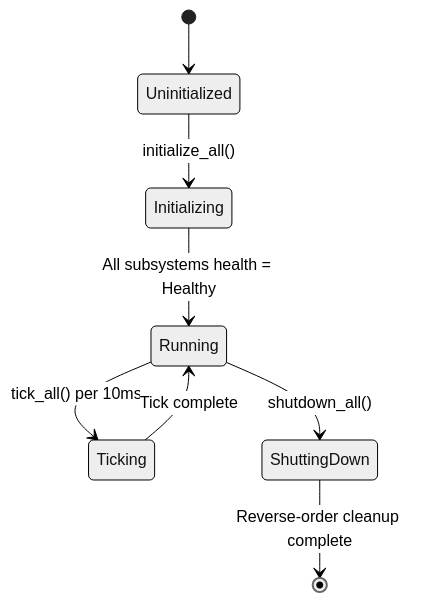
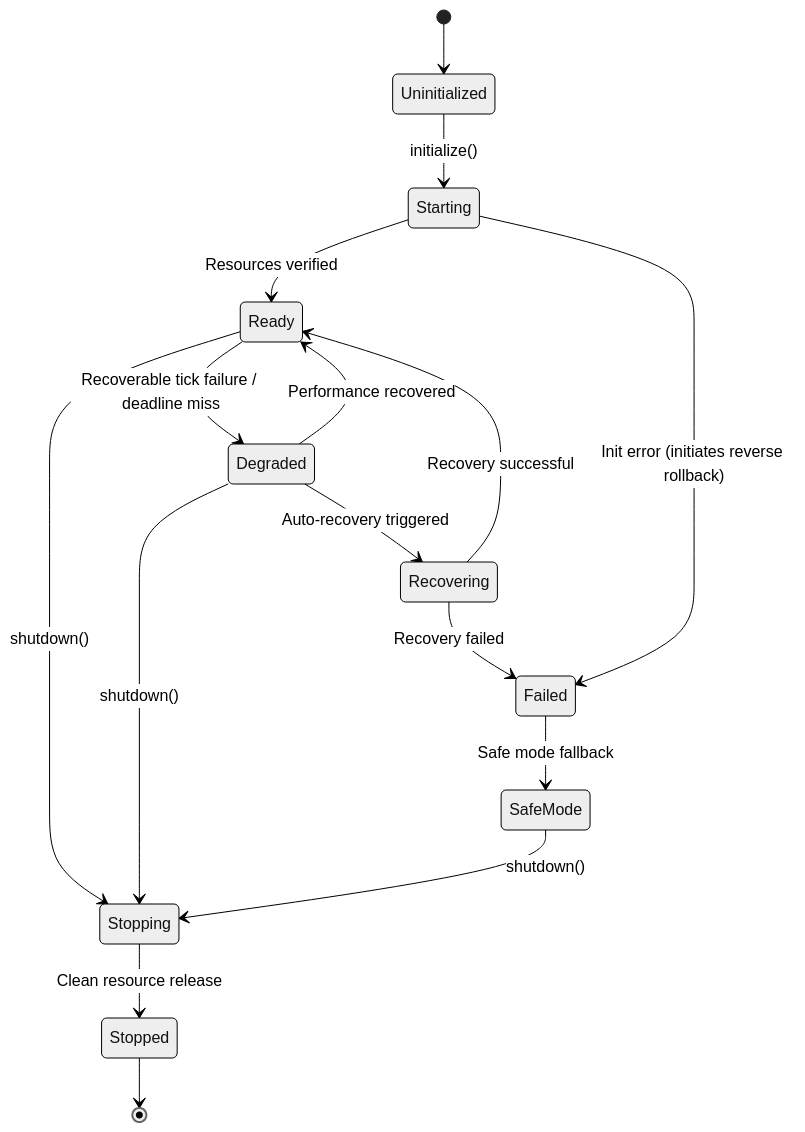
The second of 3 diagrams in docs/Architecture/ARCHITECTURE.md (MysticsWinner/Aether-custom-widget), drawn with Mermaid (neutral theme) before and after one commit. The commit also changed other lines of this file and 81 other files, not shown here.

Commit message:
feat(architecture, security, gui): master architecture remediation, adversarial hardening, 416 tests & dashboard resilience

````diff
--- a/docs/Architecture/ARCHITECTURE.md
+++ b/docs/Architecture/ARCHITECTURE.md
@@ -95,10 +105,18 @@
 ```mermaid
 stateDiagram-v2
     [*] --> Uninitialized
-    Uninitialized --> Initializing : initialize_all()
-    Initializing --> Running : All subsystems health = Healthy
-    Running --> Ticking : tick_all() per 10ms
-    Ticking --> Running : Tick complete
-    Running --> ShuttingDown : shutdown_all()
-    ShuttingDown --> [*] : Reverse-order cleanup complete
+    Uninitialized --> Starting : initialize()
+    Starting --> Ready : Resources verified
+    Ready --> Degraded : Recoverable tick failure / deadline miss
+    Degraded --> Ready : Performance recovered
+    Degraded --> Recovering : Auto-recovery triggered
+    Recovering --> Ready : Recovery successful
+    Recovering --> Failed : Recovery failed
+    Starting --> Failed : Init error (initiates reverse rollback)
+    Ready --> Stopping : shutdown()
+    Degraded --> Stopping : shutdown()
+    Stopping --> Stopped : Clean resource release
+    Failed --> SafeMode : Safe mode fallback
+    SafeMode --> Stopping : shutdown()
+    Stopped --> [*]
 ```
````
